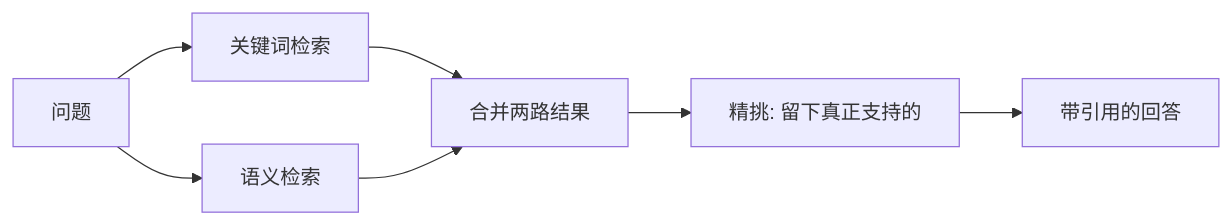
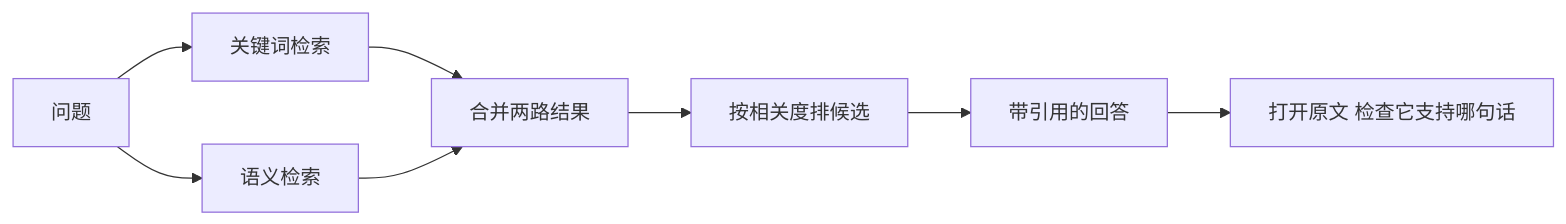
The second of 2 diagrams in tutorials/00-foundations/00-3-RAG与检索.md (wenmo-yu/careerlens), drawn with Mermaid before and after one commit. The commit also changed other lines of this file and 34 other files, not shown here.

````diff
--- a/tutorials/00-foundations/00-3-RAG与检索.md
+++ b/tutorials/00-foundations/00-3-RAG与检索.md
@@ -80,9 +80,10 @@
 ```mermaid
 flowchart LR
     Q[问题] --> K[关键词检索]
     Q --> V[语义检索]
     K --> F[合并两路结果]
     V --> F
-    F --> X[精挑: 留下真正支持的]
+    F --> X[按相关度排候选]
     X --> A[带引用的回答]
+    A --> H[打开原文 检查它支持哪句话]
 ```
````
